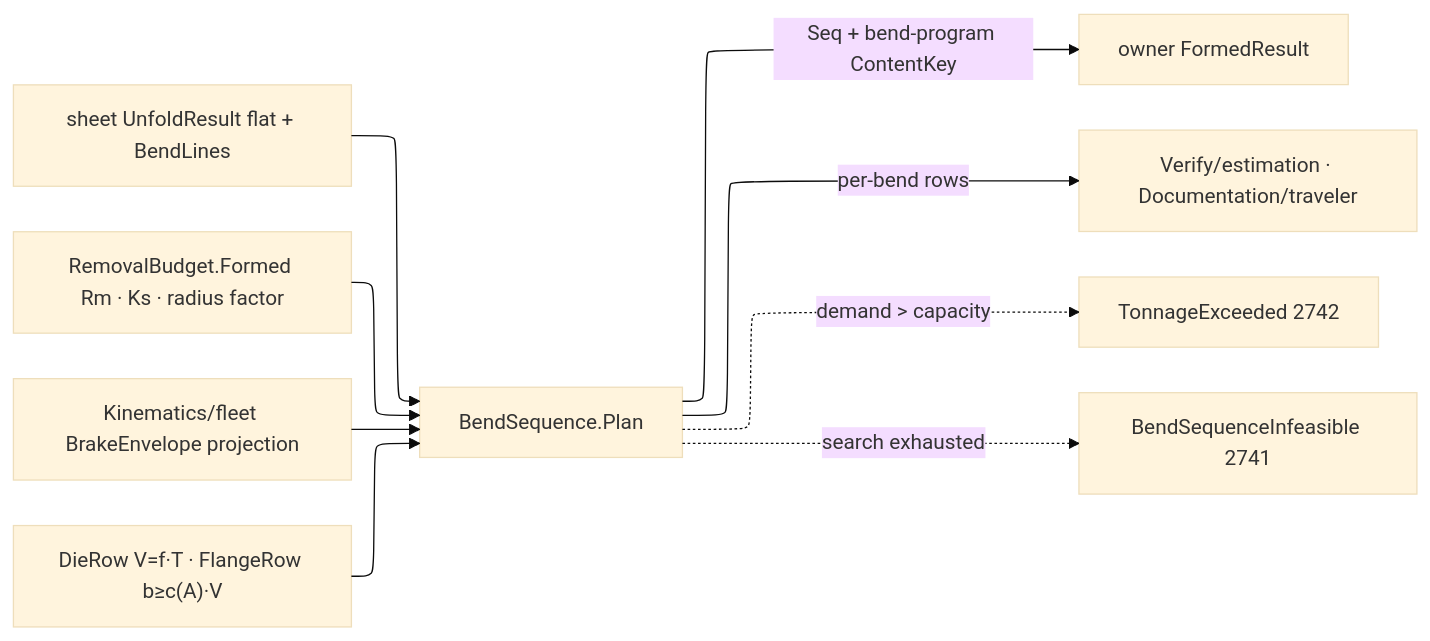
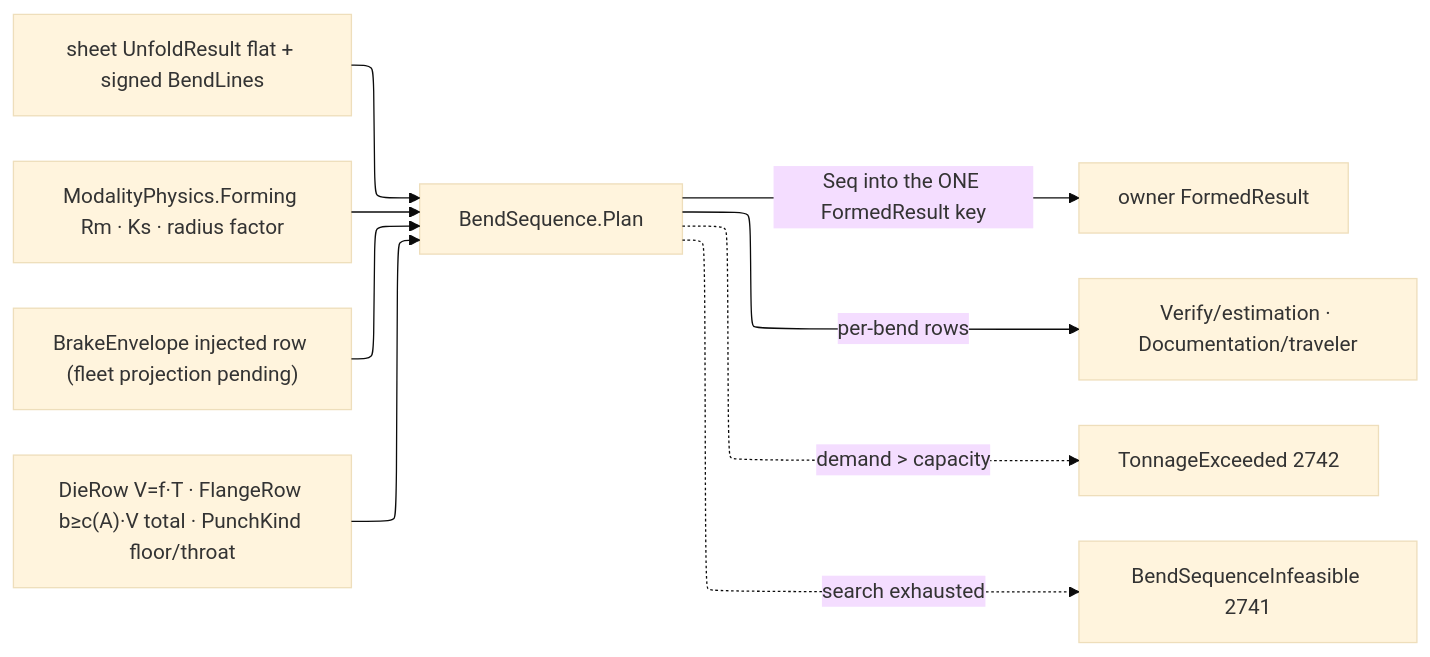
Before and after one commit to bsamiee/Rasm: the diagram in libs/csharp/Rasm.Fabrication/.planning/Forming/brake.md, drawn with Mermaid. The commit also changed other lines of this file and 79 other files, not shown here.

````diff
--- a/libs/csharp/Rasm.Fabrication/.planning/Forming/brake.md
+++ b/libs/csharp/Rasm.Fabrication/.planning/Forming/brake.md
@@ -238,16 +257,16 @@
 ```mermaid
 ---
 config:
   layout: elk
   theme: base
 ---
 flowchart LR
-    Unfold["sheet UnfoldResult flat + BendLines"] --> Plan["BendSequence.Plan"]
-    Formed["RemovalBudget.Formed Rm · Ks · radius factor"] --> Plan
-    Fleet["Kinematics/fleet BrakeEnvelope projection"] --> Plan
-    Dies["DieRow V=f·T · FlangeRow b≥c(A)·V"] --> Plan
-    Plan -->|"Seq<BendStep> + bend-program ContentKey"| Formed2["owner FormedResult"]
+    Unfold["sheet UnfoldResult flat + signed BendLines"] --> Plan["BendSequence.Plan"]
+    Formed["ModalityPhysics.Forming Rm · Ks · radius factor"] --> Plan
+    Envelope["BrakeEnvelope injected row (fleet projection pending)"] --> Plan
+    Dies["DieRow V=f·T · FlangeRow b≥c(A)·V total · PunchKind floor/throat"] --> Plan
+    Plan -->|"Seq<BendStep> into the ONE FormedResult key"| Formed2["owner FormedResult"]
     Plan -->|per-bend rows| Est["Verify/estimation · Documentation/traveler"]
     Plan -.->|demand > capacity| F2742["TonnageExceeded 2742"]
     Plan -.->|search exhausted| F2741["BendSequenceInfeasible 2741"]
 ```
````
